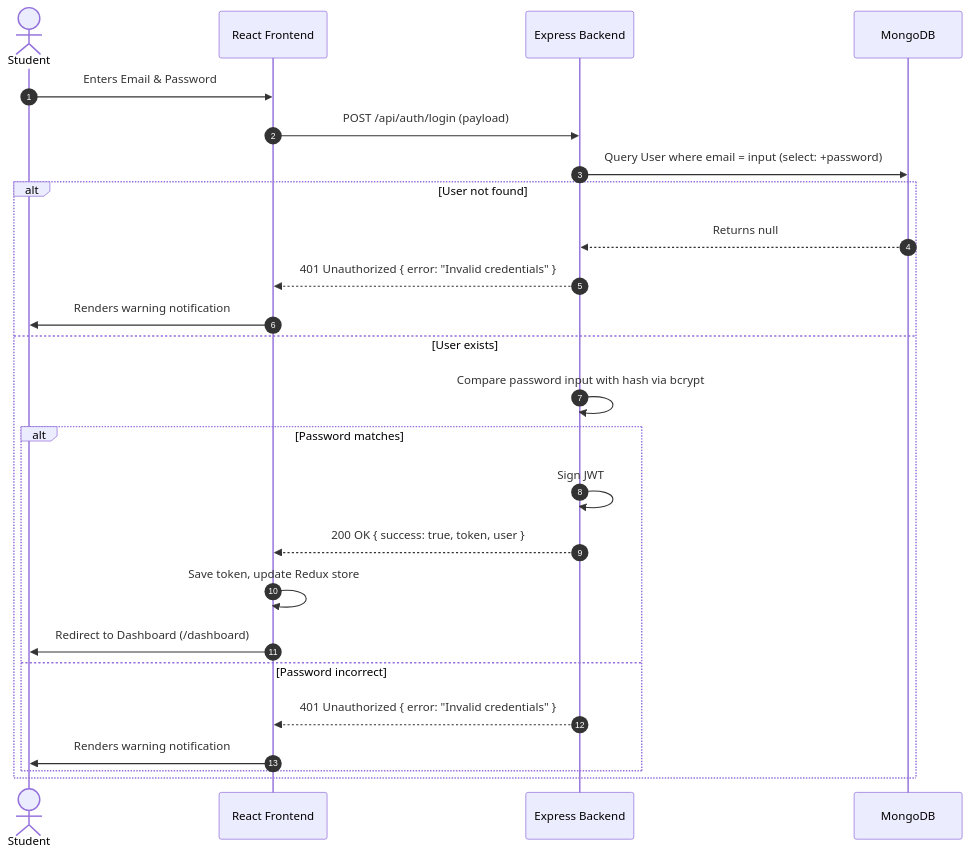
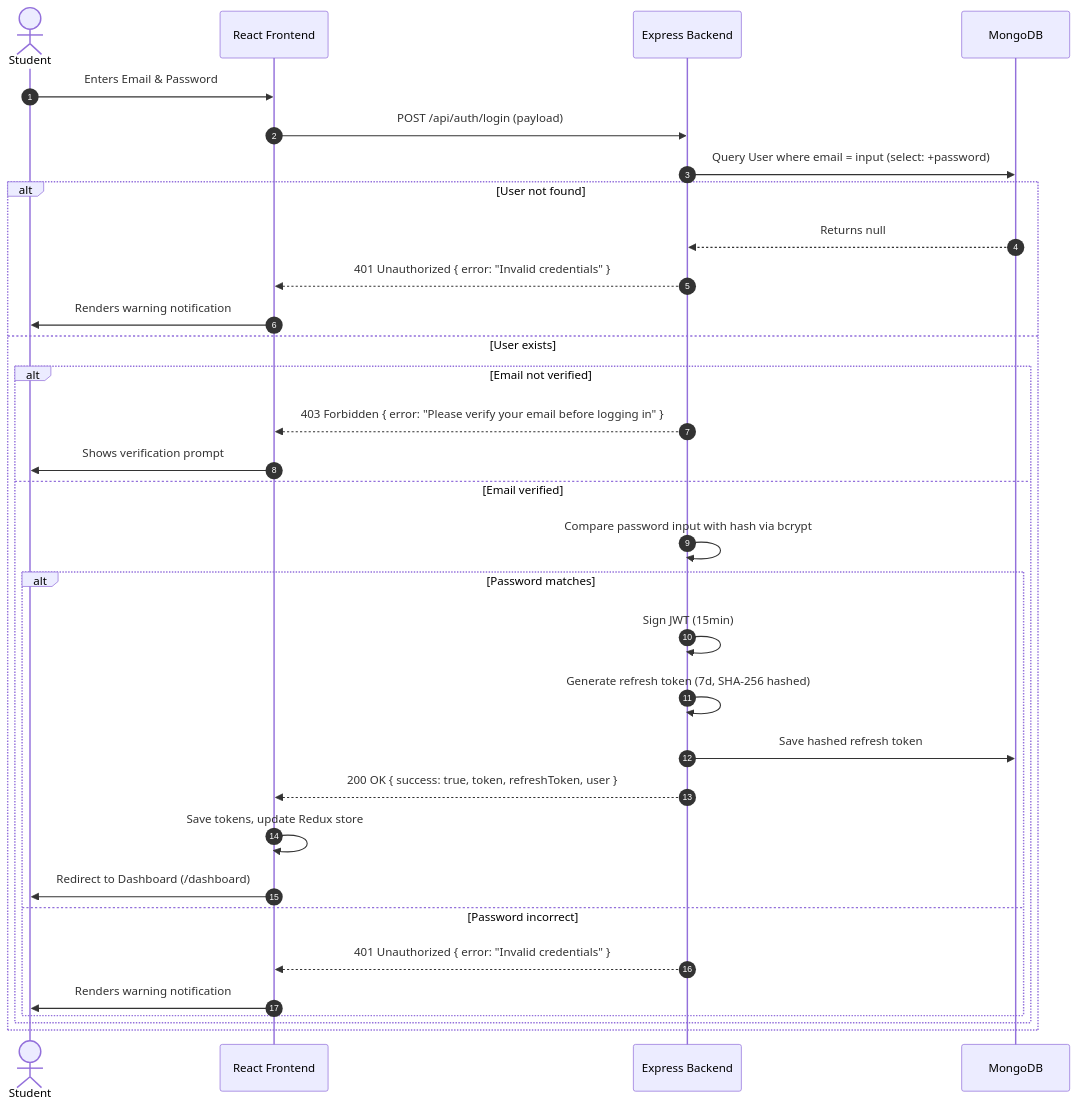
One commit to DhruvOzha85/OpenPrep-AI changed the third of 5 diagrams in docs/authentication-flow.md. Above: the diagram before and after it, drawn with Mermaid. The commit also changed other lines of this file and 21 other files, not shown here.

````diff
--- a/docs/authentication-flow.md
+++ b/docs/authentication-flow.md
@@ -60,28 +94,35 @@
 ```mermaid
 sequenceDiagram
     autonumber
     actor Student
     participant React as React Frontend
     participant Express as Express Backend
     participant DB as MongoDB
     
     Student->>React: Enters Email & Password
     React->>Express: POST /api/auth/login (payload)
     Express->>DB: Query User where email = input (select: +password)
     alt User not found
         DB-->>Express: Returns null
         Express-->>React: 401 Unauthorized { error: "Invalid credentials" }
         React->>Student: Renders warning notification
     else User exists
-        Express->>Express: Compare password input with hash via bcrypt
-        alt Password matches
-            Express->>Express: Sign JWT
-            Express-->>React: 200 OK { success: true, token, user }
-            React->>React: Save token, update Redux store
-            React->>Student: Redirect to Dashboard (/dashboard)
-        else Password incorrect
-            Express-->>React: 401 Unauthorized { error: "Invalid credentials" }
-            React->>Student: Renders warning notification
+        alt Email not verified
+            Express-->>React: 403 Forbidden { error: "Please verify your email before logging in" }
+            React->>Student: Shows verification prompt
+        else Email verified
+            Express->>Express: Compare password input with hash via bcrypt
+            alt Password matches
+                Express->>Express: Sign JWT (15min)
+                Express->>Express: Generate refresh token (7d, SHA-256 hashed)
+                Express->>DB: Save hashed refresh token
+                Express-->>React: 200 OK { success: true, token, refreshToken, user }
+                React->>React: Save tokens, update Redux store
+                React->>Student: Redirect to Dashboard (/dashboard)
+            else Password incorrect
+                Express-->>React: 401 Unauthorized { error: "Invalid credentials" }
+                React->>Student: Renders warning notification
+            end
         end
     end
 ```
````
